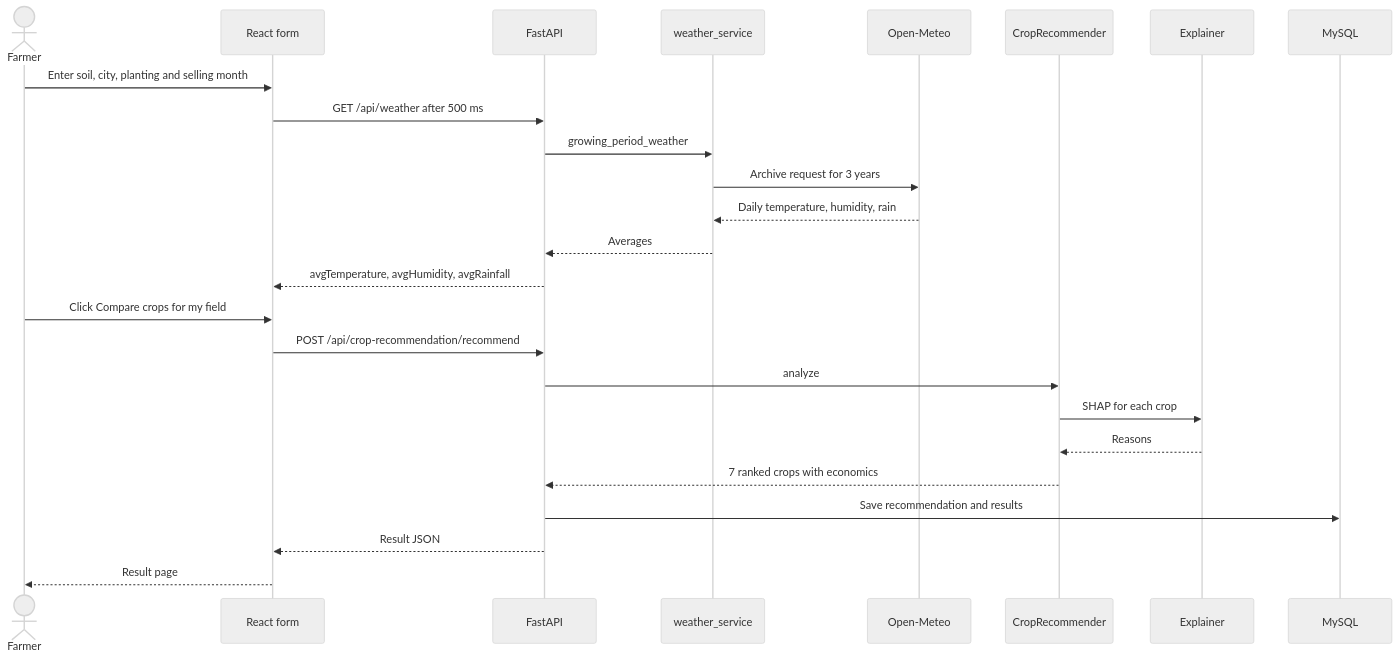
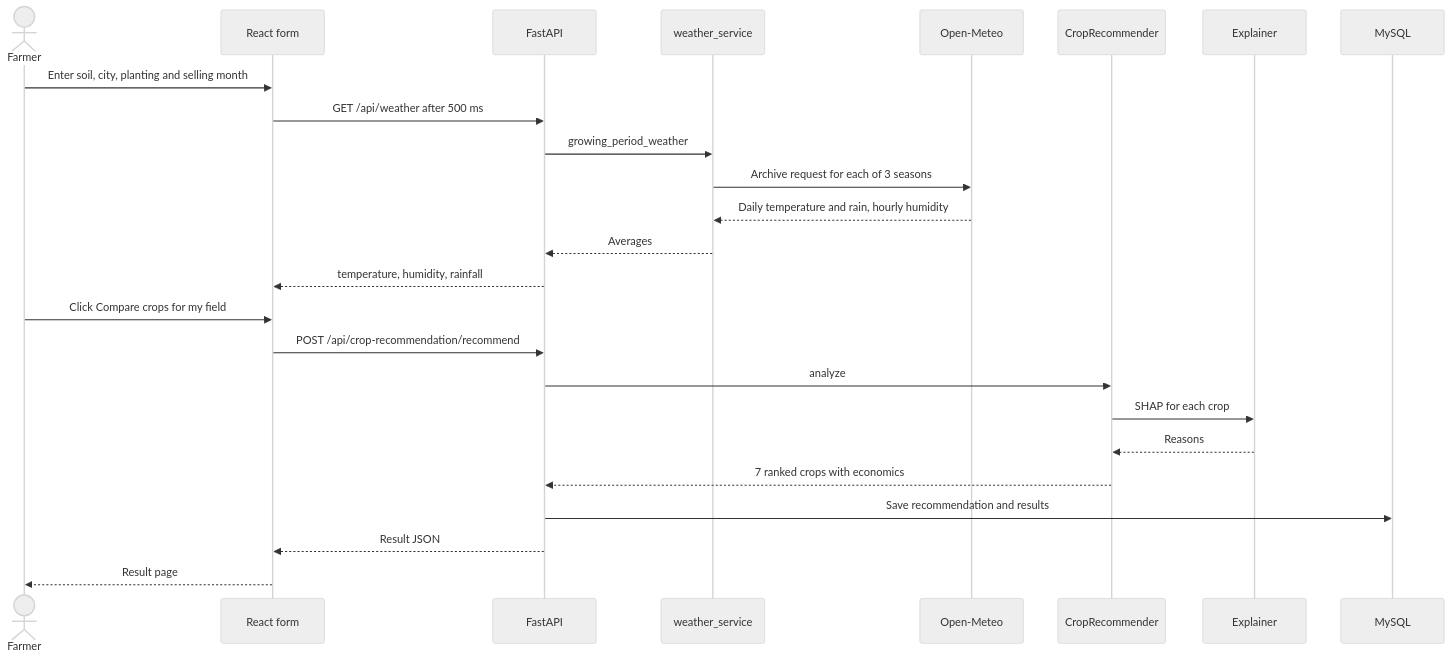
The fifth of 14 diagrams in SmartCrop-AI/README.md (vaishnavipawar26/Major_Project), drawn with Mermaid (neutral theme) before and after one commit. The commit also changed other lines of this file and 47 other files, not shown here.

````diff
--- a/SmartCrop-AI/README.md
+++ b/SmartCrop-AI/README.md
@@ -612,27 +659,27 @@
 ```mermaid
 sequenceDiagram
     actor F as Farmer
     participant FE as React form
     participant API as FastAPI
     participant WX as weather_service
     participant OM as Open-Meteo
     participant ML as CropRecommender
     participant EX as Explainer
     participant DB as MySQL
     F->>FE: Enter soil, city, planting and selling month
     FE->>API: GET /api/weather after 500 ms
     API->>WX: growing_period_weather
-    WX->>OM: Archive request for 3 years
-    OM-->>WX: Daily temperature, humidity, rain
+    WX->>OM: Archive request for each of 3 seasons
+    OM-->>WX: Daily temperature and rain, hourly humidity
     WX-->>API: Averages
-    API-->>FE: avgTemperature, avgHumidity, avgRainfall
+    API-->>FE: temperature, humidity, rainfall
     F->>FE: Click Compare crops for my field
     FE->>API: POST /api/crop-recommendation/recommend
     API->>ML: analyze
     ML->>EX: SHAP for each crop
     EX-->>ML: Reasons
     ML-->>API: 7 ranked crops with economics
     API->>DB: Save recommendation and results
     API-->>FE: Result JSON
     FE-->>F: Result page
 ```
````
